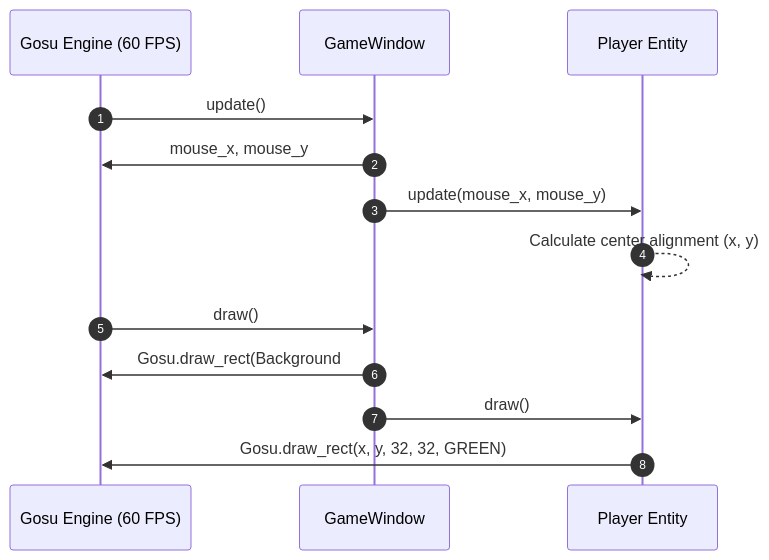
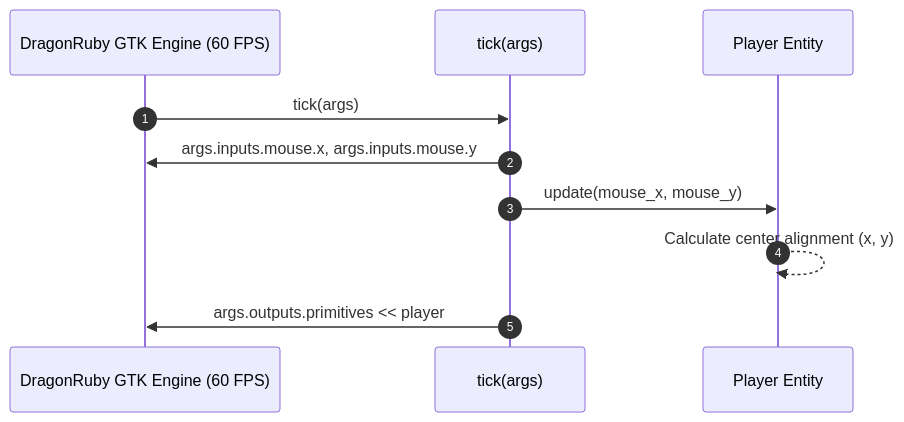
Before and after one commit to dolwijit13/dog-dash-drift: the diagram in .docs/player-mouse-movement/technical.md, drawn with Mermaid. The commit also changed other lines of this file and 7 other files, not shown here.

Commit message:
docs: update documentation to reference DragonRuby GTK instead of Gosu (#17)

````diff
--- a/.docs/player-mouse-movement/technical.md
+++ b/.docs/player-mouse-movement/technical.md
@@ -57,16 +49,13 @@
 ```mermaid
 sequenceDiagram
     autonumber
-    participant Engine as Gosu Engine (60 FPS)
-    participant Window as GameWindow
+    participant Engine as DragonRuby GTK Engine (60 FPS)
+    participant Window as tick(args)
     participant Player as Player Entity
 
-    Engine->>Window: update()
-    Window->>Engine: mouse_x, mouse_y
+    Engine->>Window: tick(args)
+    Window->>Engine: args.inputs.mouse.x, args.inputs.mouse.y
     Window->>Player: update(mouse_x, mouse_y)
     Player-->>Player: Calculate center alignment (x, y)
-    Engine->>Window: draw()
-    Window->>Engine: Gosu.draw_rect(Background #1e1e2e)
-    Window->>Player: draw()
-    Player->>Engine: Gosu.draw_rect(x, y, 32, 32, GREEN)
+    Window->>Engine: args.outputs.primitives << player
 ```
````
